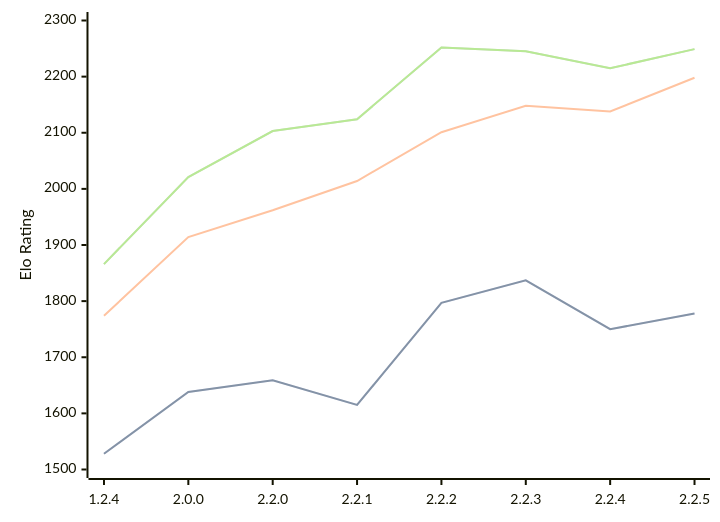
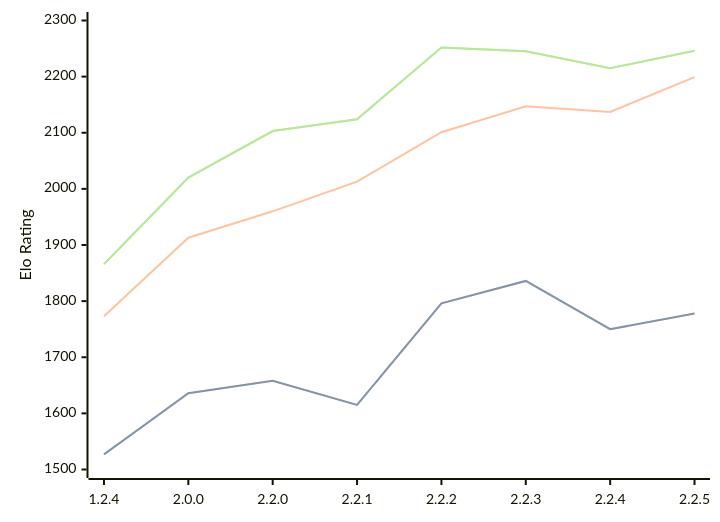
The diagram in engines/Kreveta.md (computer-chess-index/cci), drawn with Mermaid before and after one commit. The commit also changed other lines of this file, not shown here.

Commit message:
Update CCI Ratings (ELO VLTC) - 2026-04-16

````diff
--- a/engines/Kreveta.md
+++ b/engines/Kreveta.md
@@ -41,11 +41,11 @@
 ```mermaid
 %%{init: {"theme":"base","themeVariables":{"seriesColors:['#a3a3a3','#222221','#faa371']}}}%%
 xychart-beta
   x-axis ["1.2.4", "2.0.0", "2.2.0", "2.2.1", "2.2.2", "2.2.3", "2.2.4", "2.2.5"]
   y-axis "Elo Rating" 1500 --> 2300
-  line "STC (8.0+0.08s)" [1528, 1638, 1659, 1615, 1797, 1837, 1750, 1778]
-  line "STC (8.0+0.08s)" [1528, 1638, 1659, 1615, 1797, 1837, 1750, 1778]
-  line "LTC (60.0+0.60s)" [1774, 1914, 1962, 2014, 2101, 2148, 2138, 2198]
-  line "VLTC (2m24s+1.12s)" [1866, 2021, 2103, 2124, 2252, 2245, 2215, 2249]
-  line "VLTC (2m24s+1.12s)" [1866, 2021, 2103, 2124, 2252, 2245, 2215, 2249]
+  line "STC (8.0+0.08s)" [1527, 1636, 1658, 1615, 1796, 1836, 1750, 1778]
+  line "STC (8.0+0.08s)" [1527, 1636, 1658, 1615, 1796, 1836, 1750, 1778]
+  line "LTC (60.0+0.60s)" [1773, 1913, 1960, 2013, 2101, 2147, 2137, 2199]
+  line "VLTC (2m24s+1.12s)" [1866, 2020, 2103, 2124, 2252, 2245, 2215, 2246]
+  line "VLTC (2m24s+1.12s)" [1866, 2020, 2103, 2124, 2252, 2245, 2215, 2246]
 ```
````
